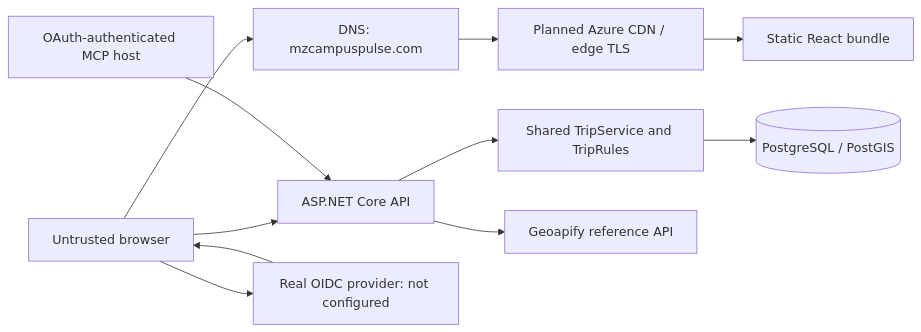
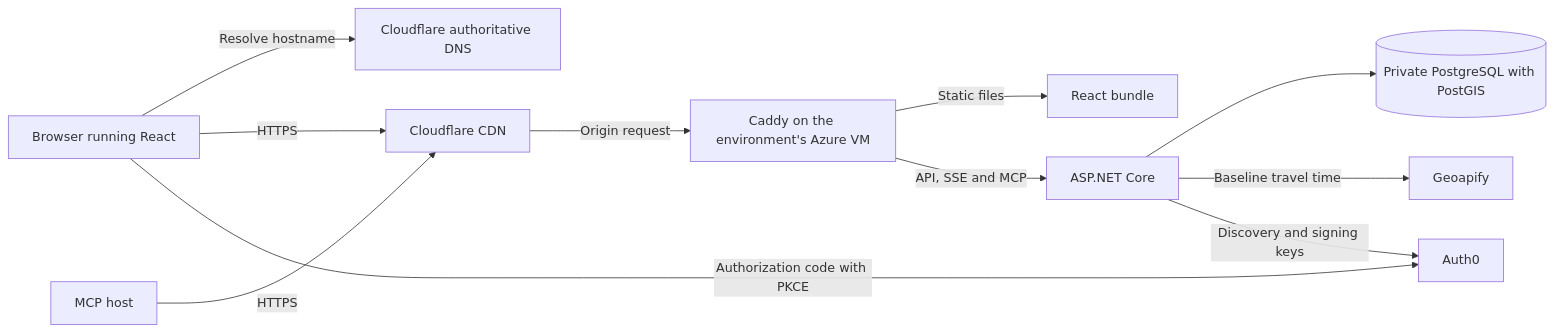
The first of 2 diagrams in docs/architecture-maintenance.md (mzhang61/route-board), drawn with Mermaid before and after one commit. The commit also changed other lines of this file and 1 other file, not shown here.

Commit message:
Align the architecture diagrams and grading checklist with deployed evidence

````diff
--- a/docs/architecture-maintenance.md
+++ b/docs/architecture-maintenance.md
@@ -18,13 +18,13 @@
 ```mermaid
 flowchart LR
-  Browser[Untrusted browser] --> DNS[DNS: mzcampuspulse.com]
-  DNS --> CDN[Planned Azure CDN / edge TLS]
-  CDN --> Web[Static React bundle]
-  Browser --> API[ASP.NET Core API]
-  Host[OAuth-authenticated MCP host] --> API
-  API --> Rules[Shared TripService and TripRules]
-  Rules --> DB[(PostgreSQL / PostGIS)]
-  API --> Routing[Geoapify reference API]
-  Browser --> Identity[Real OIDC provider: not configured]
-  Identity --> Browser
+  Browser[Browser running React] -->|Resolve hostname| DNS[Cloudflare authoritative DNS]
+  Browser -->|HTTPS| Edge[Cloudflare CDN]
+  Host[MCP host] -->|HTTPS| Edge
+  Edge -->|Origin request| Web[Caddy on the environment's Azure VM]
+  Web -->|Static files| Assets[React bundle]
+  Web -->|API, SSE and MCP| API[ASP.NET Core]
+  API --> DB[(Private PostgreSQL with PostGIS)]
+  API -->|Baseline travel time| Routing[Geoapify]
+  Browser -->|Authorization code with PKCE| Identity[Auth0]
+  API -->|Discovery and signing keys| Identity
 ```
````
